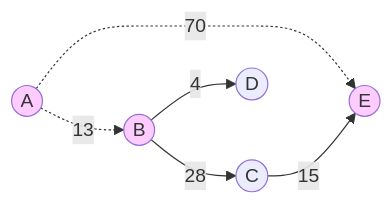
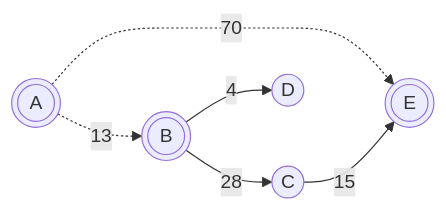
Before and after one commit to dmjcb/dmjcb.github.io: the second of 4 diagrams in _posts/DataStructure/Graph/2022-02-13-SPFA最短路.md, drawn with Mermaid. The commit also changed other lines of this file and 78 other files, not shown here.

Commit message:
更新git部分图片;添加工作台图片

````diff
--- a/_posts/DataStructure/Graph/2022-02-13-SPFA最短路.md
+++ b/_posts/DataStructure/Graph/2022-02-13-SPFA最短路.md
@@ -54,19 +54,14 @@
 ```mermaid
 graph LR
-    A((A))
-    B((B))
+    A(((A)))
+    B(((B)))
     C((C))
     D((D))
-    E((E))
+    E(((E)))
 
     A -.13-.-> B
     A -.70-.-> E
     B --28--> C
     B --4--> D
     C --15--> E
-
-    A:::Style
-    B:::Style
-    E:::Style
-    classDef Style fill:#FFCCFF
 ```
````
